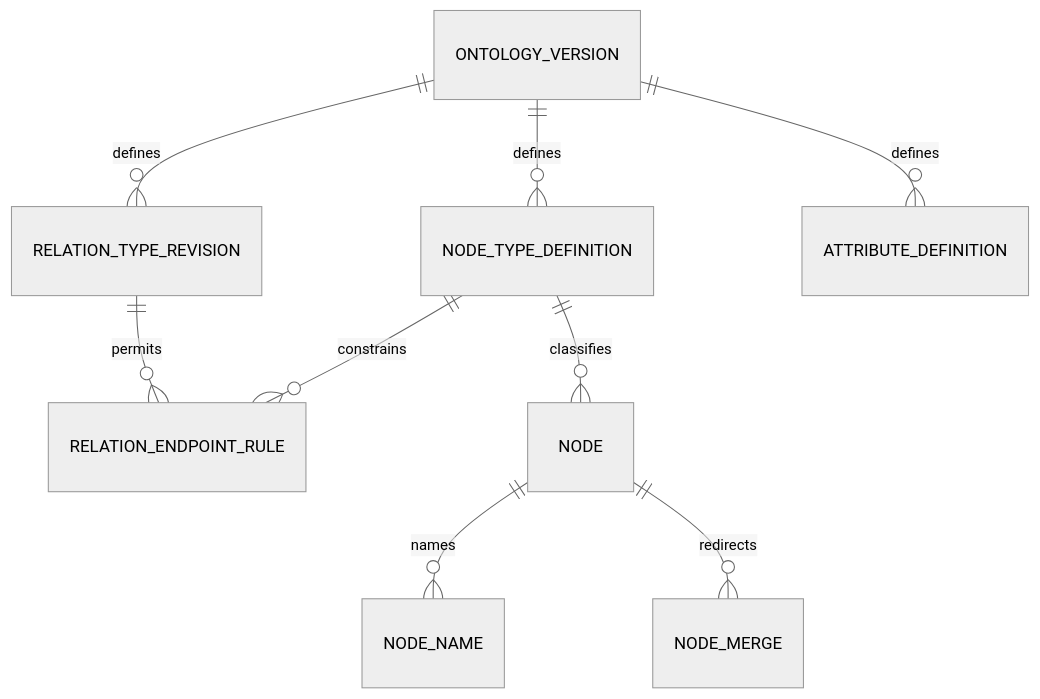
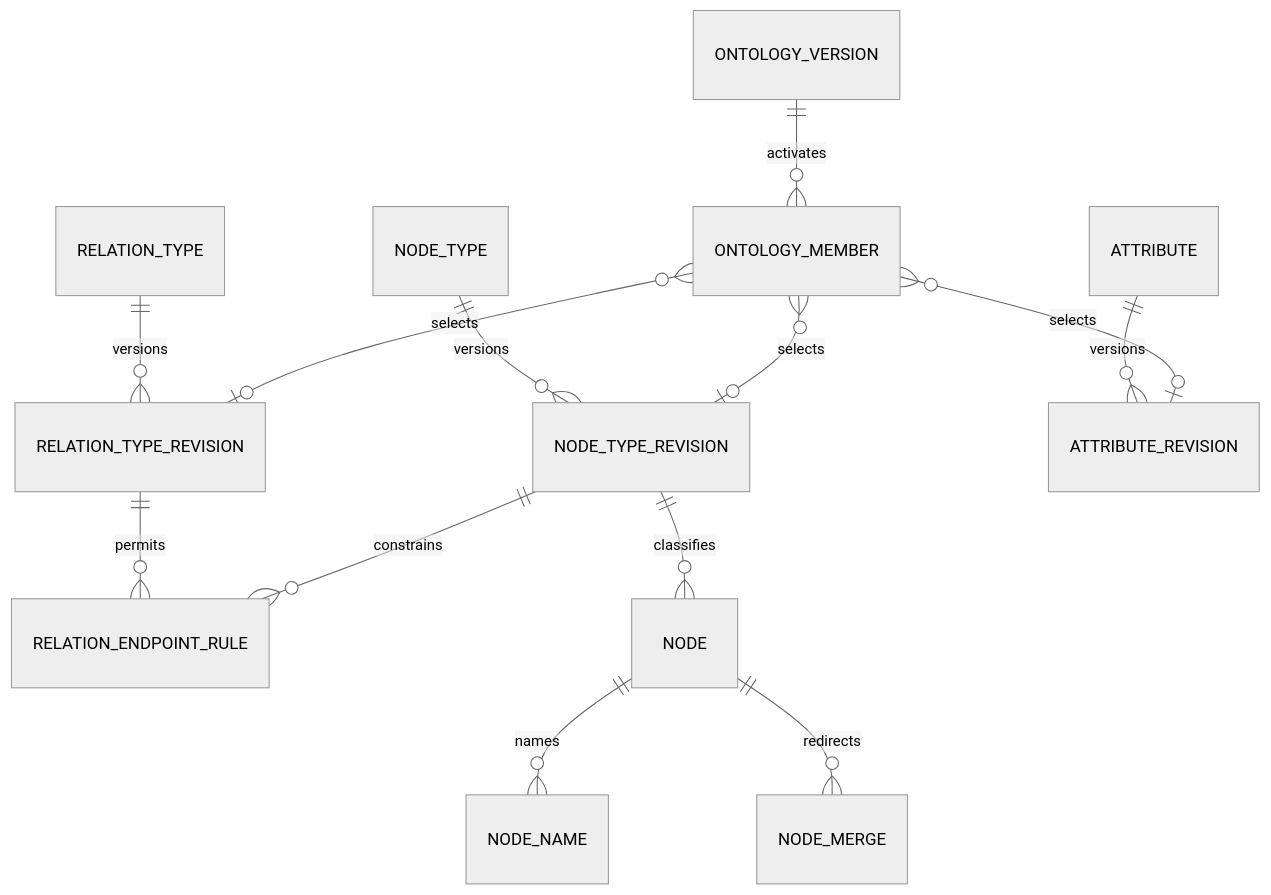
The third of 8 diagrams in logical-data-schema.md (studylida/ontology-map), drawn with Mermaid (neutral theme) before and after one commit. The commit also changed other lines of this file, not shown here.

Commit message:
docs: correct logical schema invariants

````diff
--- a/logical-data-schema.md
+++ b/logical-data-schema.md
@@ -141,11 +144,15 @@
 ```mermaid
 erDiagram
-    ONTOLOGY_VERSION ||--o{ NODE_TYPE_DEFINITION : defines
-    ONTOLOGY_VERSION ||--o{ RELATION_TYPE_REVISION : defines
-    ONTOLOGY_VERSION ||--o{ ATTRIBUTE_DEFINITION : defines
+    ONTOLOGY_VERSION ||--o{ ONTOLOGY_MEMBER : activates
+    NODE_TYPE ||--o{ NODE_TYPE_REVISION : versions
+    RELATION_TYPE ||--o{ RELATION_TYPE_REVISION : versions
+    ATTRIBUTE ||--o{ ATTRIBUTE_REVISION : versions
+    ONTOLOGY_MEMBER }o--o| NODE_TYPE_REVISION : selects
+    ONTOLOGY_MEMBER }o--o| RELATION_TYPE_REVISION : selects
+    ONTOLOGY_MEMBER }o--o| ATTRIBUTE_REVISION : selects
     RELATION_TYPE_REVISION ||--o{ RELATION_ENDPOINT_RULE : permits
-    NODE_TYPE_DEFINITION ||--o{ RELATION_ENDPOINT_RULE : constrains
-    NODE_TYPE_DEFINITION ||--o{ NODE : classifies
+    NODE_TYPE_REVISION ||--o{ RELATION_ENDPOINT_RULE : constrains
+    NODE_TYPE_REVISION ||--o{ NODE : classifies
     NODE ||--o{ NODE_NAME : names
     NODE ||--o{ NODE_MERGE : redirects
 ```
````
